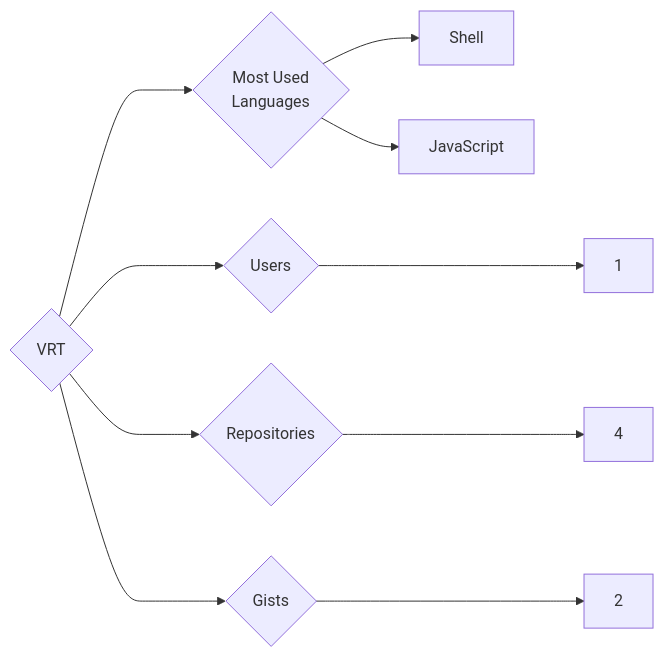
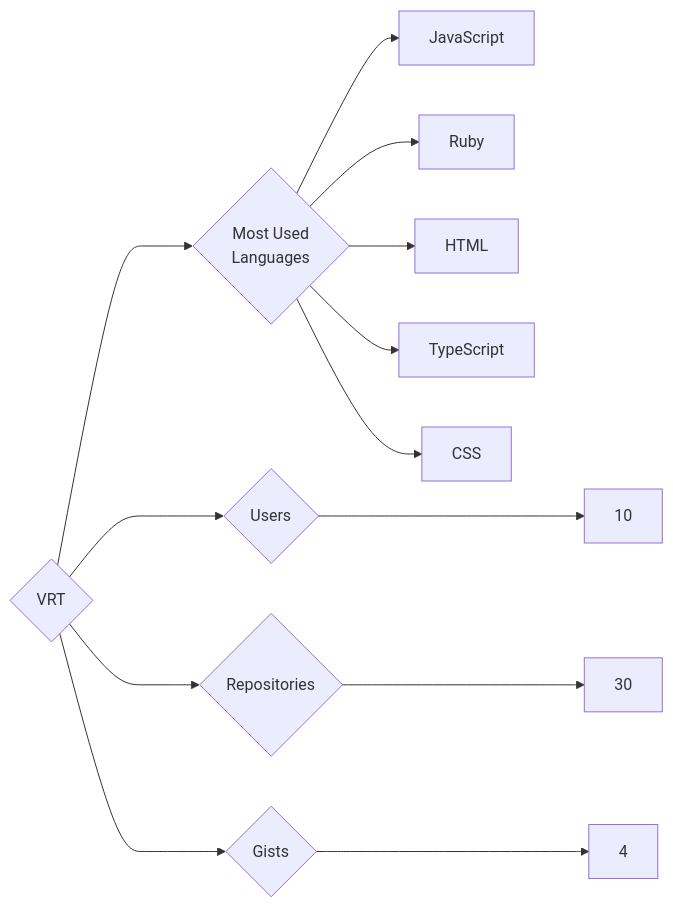
One commit to trickest/insiders changed the diagram in targets/VRT/README.md. Above: the diagram before and after it, drawn with Mermaid. The commit also changed 972 other files, not shown here.

````diff
--- a/targets/VRT/README.md
+++ b/targets/VRT/README.md
@@ -3,10 +3,13 @@
 ```mermaid
 graph LR
 COMPANY_NAME{VRT}
-COMPANY_NAME ---> U{Users} ---> UN[1]
-COMPANY_NAME ---> R{Repositories} ---> RN[4]
-COMPANY_NAME ---> G{Gists} ---> GN[2]
+COMPANY_NAME ---> U{Users} ---> UN[10]
+COMPANY_NAME ---> R{Repositories} ---> RN[30]
+COMPANY_NAME ---> G{Gists} ---> GN[4]
 COMPANY_NAME ---> ML{Most Used<br>Languages}
-ML --> Shell[Shell]
 ML --> JavaScript[JavaScript]
+ML --> Ruby[Ruby]
+ML --> HTML[HTML]
+ML --> TypeScript[TypeScript]
+ML --> CSS[CSS]
 ```
````
